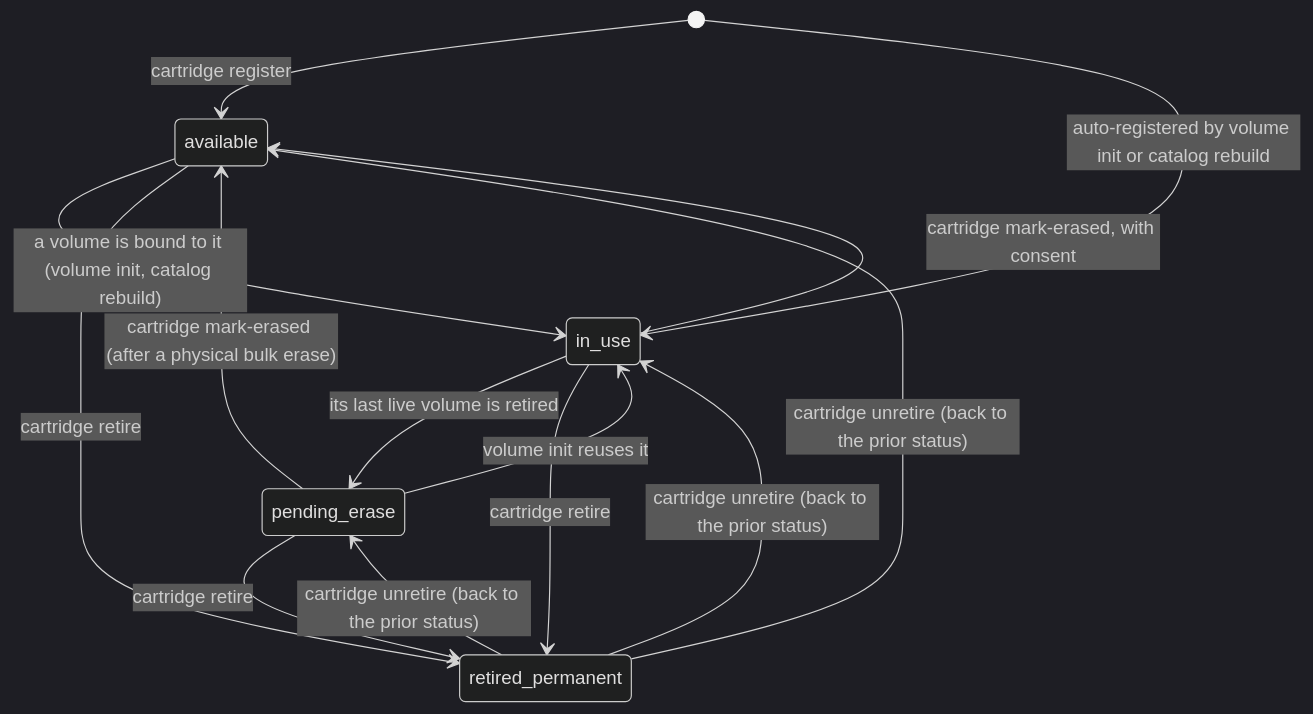
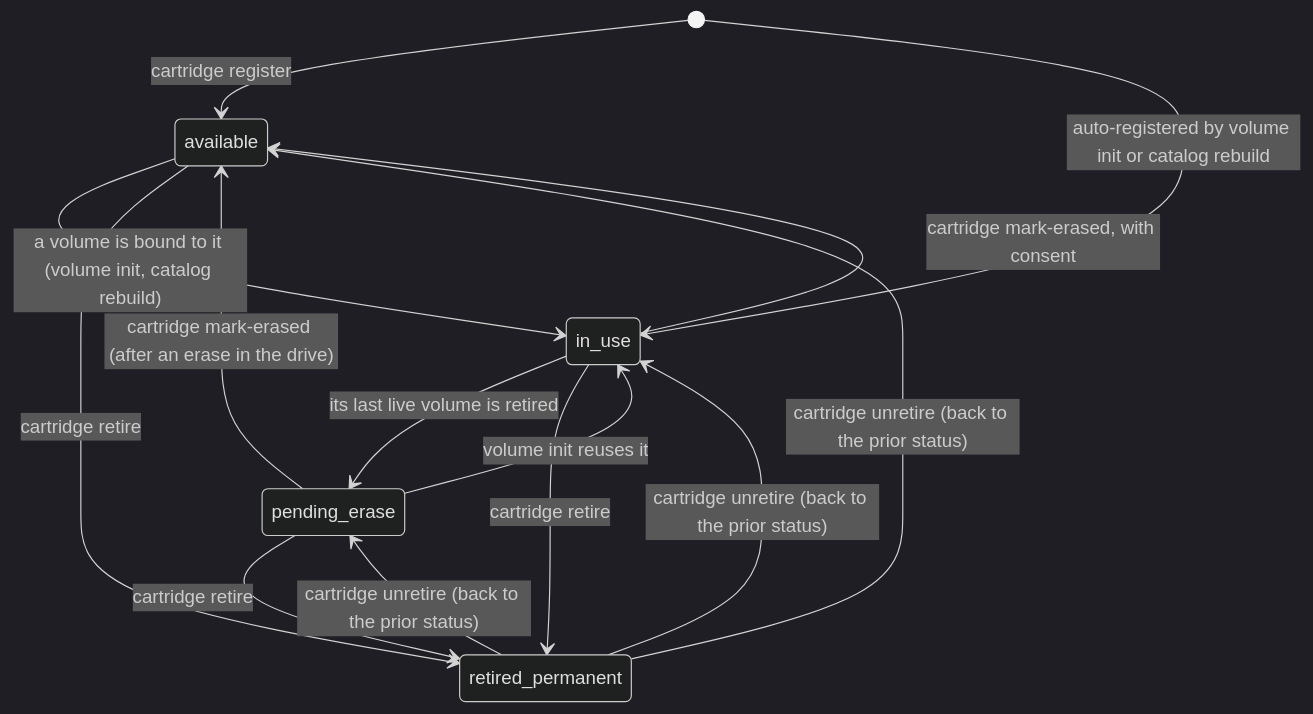
One commit to mikmorg/tapectl changed the fifth of 7 diagrams in docs/concepts.md. Above: the diagram before and after it, drawn with Mermaid (dark theme). The commit also changed other lines of this file and 15 other files, not shown here.

````diff
--- a/docs/concepts.md
+++ b/docs/concepts.md
@@ -713,16 +715,16 @@
 ```mermaid
 stateDiagram-v2
     [*] --> available : cartridge register
     [*] --> in_use : auto-registered by volume init or catalog rebuild
     available --> in_use : a volume is bound to it (volume init, catalog rebuild)
     in_use --> pending_erase : its last live volume is retired
-    pending_erase --> available : cartridge mark-erased (after a physical bulk erase)
+    pending_erase --> available : cartridge mark-erased (after an erase in the drive)
     in_use --> available : cartridge mark-erased, with consent
     pending_erase --> in_use : volume init reuses it
     available --> retired_permanent : cartridge retire
     in_use --> retired_permanent : cartridge retire
     pending_erase --> retired_permanent : cartridge retire
     retired_permanent --> available : cartridge unretire (back to the prior status)
     retired_permanent --> in_use : cartridge unretire (back to the prior status)
     retired_permanent --> pending_erase : cartridge unretire (back to the prior status)
 ```
````
